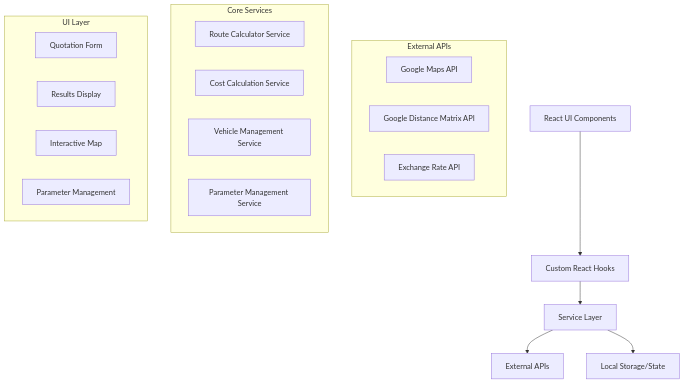
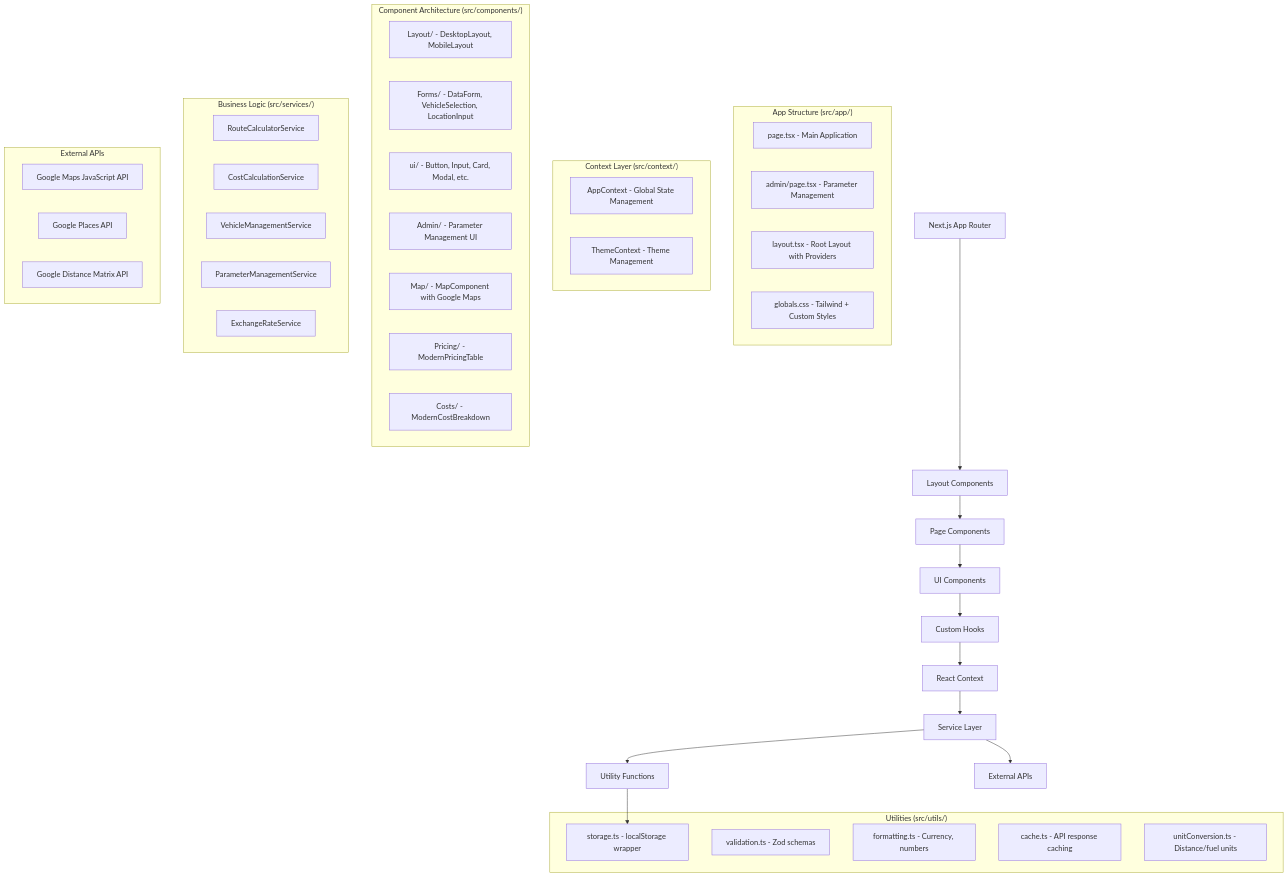
Before and after one commit to ahvega/distances2: the diagram in .kiro/specs/enhanced-transportation-quotation/design.md, drawn with Mermaid. The commit also changed other lines of this file and 4 other files, not shown here.

First line of the commit message:
feat(design): Enhance transportation quotation system architecture

````diff
--- a/.kiro/specs/enhanced-transportation-quotation/design.md
+++ b/.kiro/specs/enhanced-transportation-quotation/design.md
@@ -13,27 +13,56 @@
 ```mermaid
 graph TB
-    UI[React UI Components] --> Hooks[Custom React Hooks]
-    Hooks --> Services[Service Layer]
+    App[Next.js App Router] --> Layout[Layout Components]
+    Layout --> Pages[Page Components]
+    Pages --> UI[UI Components]
+    UI --> Hooks[Custom Hooks]
+    Hooks --> Context[React Context]
+    Context --> Services[Service Layer]
+    Services --> Utils[Utility Functions]
     Services --> APIs[External APIs]
-    Services --> Storage[Local Storage/State]
+    Utils --> Storage[Local Storage]
+
+    subgraph "App Structure (src/app/)"
+        MainPage[page.tsx - Main Application]
+        AdminPage[admin/page.tsx - Parameter Management]
+        RootLayout[layout.tsx - Root Layout with Providers]
+        GlobalCSS[globals.css - Tailwind + Custom Styles]
+    end
+
+    subgraph "Context Layer (src/context/)"
+        AppContext[AppContext - Global State Management]
+        ThemeContext[ThemeContext - Theme Management]
+    end
+
+    subgraph "Component Architecture (src/components/)"
+        LayoutComps[Layout/ - DesktopLayout, MobileLayout]
+        FormComps[Forms/ - DataForm, VehicleSelection, LocationInput]
+        UIComps[ui/ - Button, Input, Card, Modal, etc.]
+        AdminComps[Admin/ - Parameter Management UI]
+        MapComps[Map/ - MapComponent with Google Maps]
+        PricingComps[Pricing/ - ModernPricingTable]
+        CostComps[Costs/ - ModernCostBreakdown]
+    end
+
+    subgraph "Business Logic (src/services/)"
+        RouteService[RouteCalculatorService]
+        CostService[CostCalculationService]
+        VehicleService[VehicleManagementService]
+        ParameterService[ParameterManagementService]
+        ExchangeService[ExchangeRateService]
+    end
 
     subgraph "External APIs"
-        GoogleMaps[Google Maps API]
+        GoogleMaps[Google Maps JavaScript API]
+        GooglePlaces[Google Places API]
         GoogleDistance[Google Distance Matrix API]
-        ExchangeRate[Exchange Rate API]
     end
 
-    subgraph "Core Services"
-        RouteService[Route Calculator Service]
-        CostService[Cost Calculation Service]
-        VehicleService[Vehicle Management Service]
-        ParameterService[Parameter Management Service]
-    end
-
-    subgraph "UI Layer"
-        QuotationForm[Quotation Form]
-        ResultsDisplay[Results Display]
-        MapComponent[Interactive Map]
-        AdminPanel[Parameter Management]
+    subgraph "Utilities (src/utils/)"
+        Validation[validation.ts - Zod schemas]
+        Formatting[formatting.ts - Currency, numbers]
+        Storage[storage.ts - localStorage wrapper]
+        Cache[cache.ts - API response caching]
+        UnitConversion[unitConversion.ts - Distance/fuel units]
     end
 ```
````
